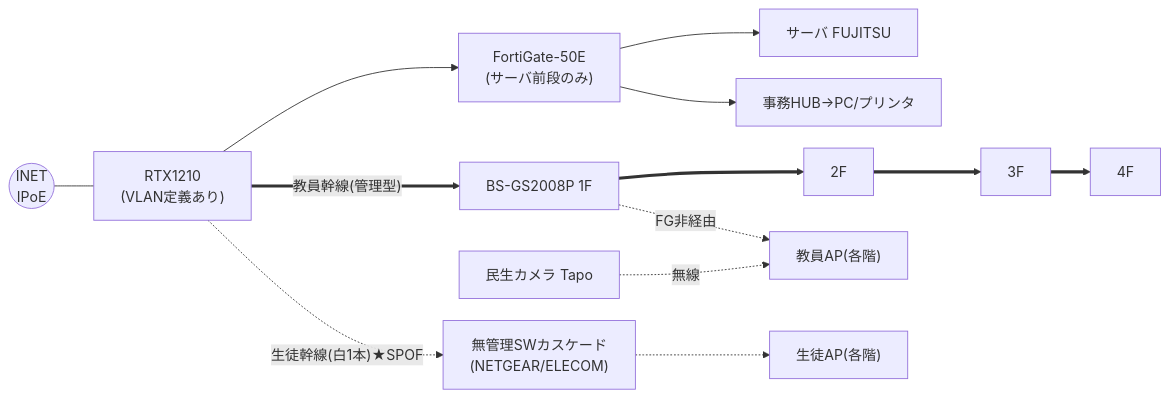
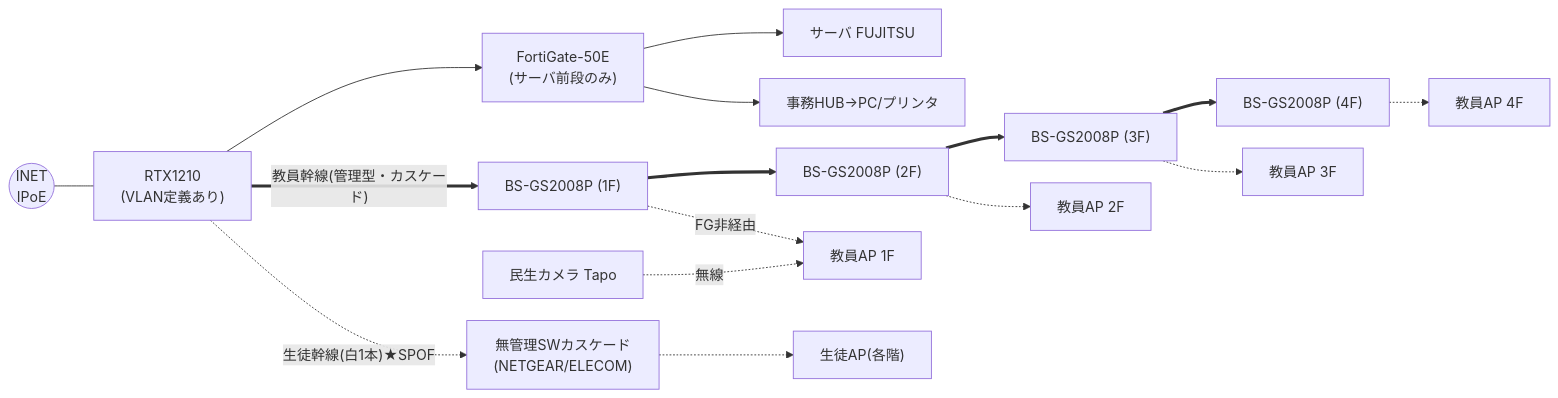
Before and after one commit to zva06206-shimizu/yss_secretary: the third of 5 diagrams in work/nagoya-keiei-kaikei/03_documents/20260625_現状調査報告書_名古屋経営会計専門学校.md, drawn with Mermaid.

Commit message:
報告書§3-2: 5号館トポロジ図で各フロアにBS-GS2008Pがあることを明示(1F〜4Fカスケード+各階教員AP)

````diff
--- a/work/nagoya-keiei-kaikei/03_documents/20260625_現状調査報告書_名古屋経営会計専門学校.md
+++ b/work/nagoya-keiei-kaikei/03_documents/20260625_現状調査報告書_名古屋経営会計専門学校.md
@@ -122,14 +122,19 @@
 ```mermaid
 %%{init: {'flowchart': {'nodeSpacing': 25, 'rankSpacing': 45}} }%%
 flowchart LR
     INET((INET<br/>IPoE)) --- RT["RTX1210<br/>(VLAN定義あり)"]
     RT --> FG["FortiGate-50E<br/>(サーバ前段のみ)"]
     FG --> SV["サーバ FUJITSU"]
     FG --> PR["事務HUB→PC/プリンタ"]
-    RT ==>|"教員幹線(管理型)"| S1["BS-GS2008P 1F"]
-    S1 ==> S2["2F"] ==> S3["3F"] ==> S4["4F"]
-    S1 -.->|FG非経由| APe["教員AP(各階)"]
+    RT ==>|"教員幹線(管理型・カスケード)"| S1["BS-GS2008P (1F)"]
+    S1 ==> S2["BS-GS2008P (2F)"]
+    S2 ==> S3["BS-GS2008P (3F)"]
+    S3 ==> S4["BS-GS2008P (4F)"]
+    S1 -.->|FG非経由| AP1["教員AP 1F"]
+    S2 -.-> AP2["教員AP 2F"]
+    S3 -.-> AP3["教員AP 3F"]
+    S4 -.-> AP4["教員AP 4F"]
     RT -.->|"生徒幹線(白1本)★SPOF"| NG["無管理SWカスケード<br/>(NETGEAR/ELECOM)"]
     NG -.-> APs["生徒AP(各階)"]
-    CAM["民生カメラ Tapo"] -. 無線 .-> APe
+    CAM["民生カメラ Tapo"] -. 無線 .-> AP1
 ```
````
